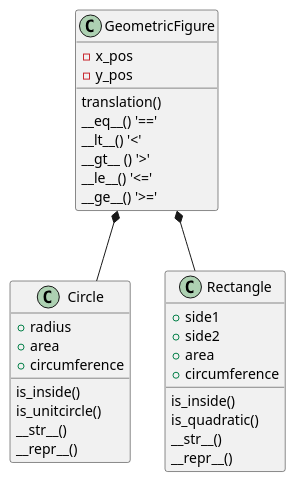
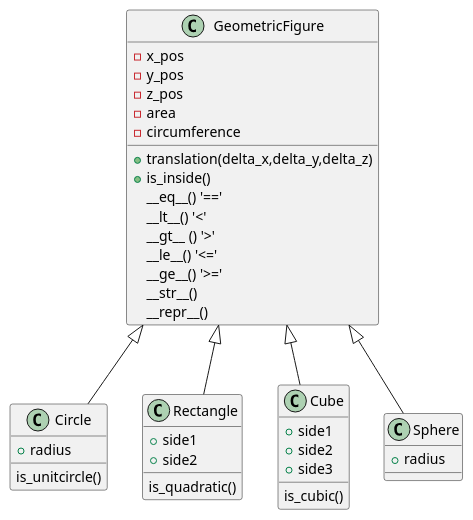
One commit to dancla240/Python_Daniel_Claesson changed the diagram in Lab3/Lab3_UML.md. Above: the diagram before and after it, drawn with PlantUML. The commit also changed other lines of this file and 1 other file, not shown here.

Commit message:
Updated UML. Sphere and Cube added. Refactring wrt attributes and methods.

```diff
--- a/Lab3/Lab3_UML.md
+++ b/Lab3/Lab3_UML.md
@@ -3,37 +3,48 @@
 @startuml
 class GeometricFigure {  
 -x_pos  
 -y_pos  
-translation()  
-__eq__() '=='
-__lt__() '<'
-__gt__ () '>'
-__le__() '<='
-__ge__() '>='
+-z_pos
+-area  
+-circumference  
++translation(delta_x,delta_y,delta_z)  
++is_inside()  
+__eq__() '=='  
+__lt__() '<'  
+__gt__ () '>'  
+__le__() '<='  
+__ge__() '>='  
+__str__()  
+__repr__()  
 }  
   
 class Circle {  
 +radius  
-+area  
-+circumference  
-is_inside()  
 is_unitcircle()  
-__str__()  
-__repr__()  
 }  
   
 class Rectangle {  
 +side1  
 +side2  
-+area  
-+circumference  
-is_inside()  
 is_quadratic()  
-__str__()  
-__repr__()  
 }  
+
+class Cube {  
++side1  
++side2  
++side3  
+is_cubic()  
+}
+
+class Sphere {  
++radius  
+
+}
+
     
-GeometricFigure *-- Circle  
-GeometricFigure *-- Rectangle  
+GeometricFigure <|-- Circle  
+GeometricFigure <|-- Rectangle  
+GeometricFigure <|-- Cube
+GeometricFigure <|-- Sphere
   
 @enduml
```
